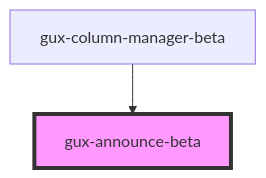
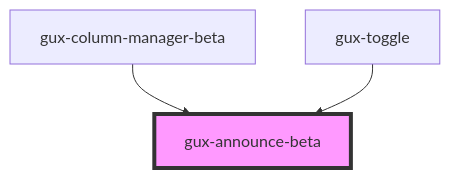
The diagram in src/components/beta/gux-announce/readme.md (MyPureCloud/genesys-spark), drawn with Mermaid before and after one commit. The commit also changed other lines of this file and 8 other files, not shown here.

````diff
--- a/src/components/beta/gux-announce/readme.md
+++ b/src/components/beta/gux-announce/readme.md
@@ -39,5 +40,6 @@
 ```mermaid
 graph TD;
   gux-column-manager-beta --> gux-announce-beta
+  gux-toggle --> gux-announce-beta
   style gux-announce-beta fill:#f9f,stroke:#333,stroke-width:4px
 ```
````
